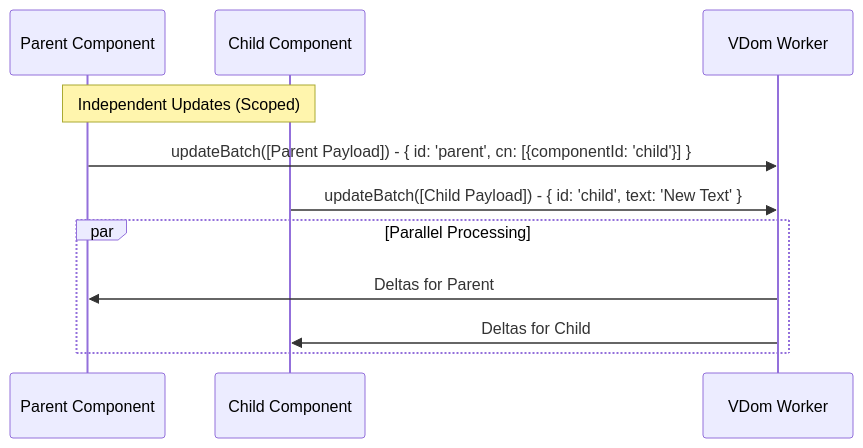
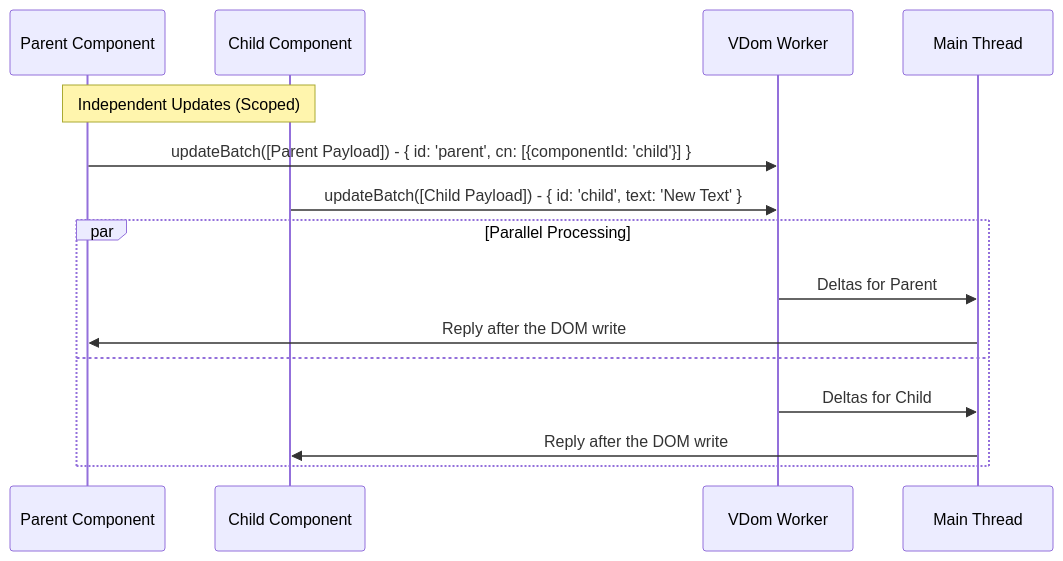
The first of 3 diagrams in learn/guides/fundamentals/AsymmetricUpdates.md (neomjs/neo), drawn with Mermaid before and after one commit. The commit also changed other lines of this file and 14 other files, not shown here.

First line of the commit message:
docs(vdom): engine guides for the App worker, VDom worker and Main thread (#22189)

````diff
--- a/learn/guides/fundamentals/AsymmetricUpdates.md
+++ b/learn/guides/fundamentals/AsymmetricUpdates.md
@@ -44,16 +44,20 @@
 ```mermaid
 sequenceDiagram
     participant P as Parent Component
     participant C as Child Component
     participant VW as VDom Worker
-    
+    participant MT as Main Thread
+
     Note over P, C: Independent Updates (Scoped)
 
     P->>VW: updateBatch([Parent Payload]) - { id: 'parent', cn: [{componentId: 'child'}] }
     C->>VW: updateBatch([Child Payload]) - { id: 'child', text: 'New Text' }
-    
+
     par Parallel Processing
-        VW->>P: Deltas for Parent
-        VW->>C: Deltas for Child
+        VW->>MT: Deltas for Parent
+        MT->>P: Reply after the DOM write
+    and
+        VW->>MT: Deltas for Child
+        MT->>C: Reply after the DOM write
     end
 ```
````
